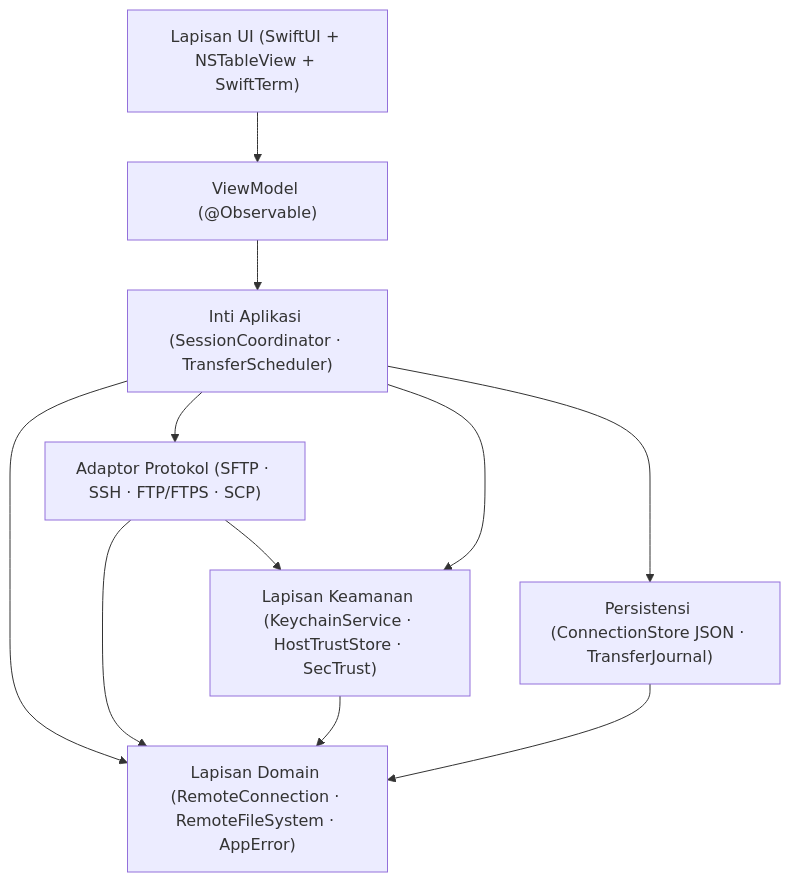
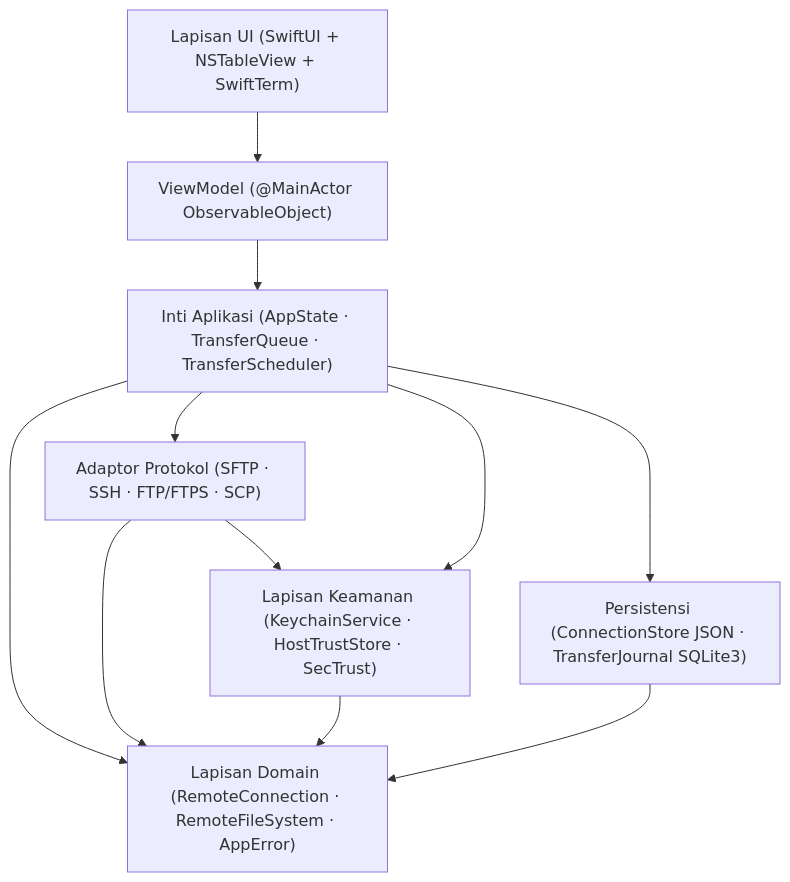
Before and after one commit to alsyundawy/SparkleSFTP: the diagram in README-id.md, drawn with Mermaid. The commit also changed other lines of this file and 14 other files, not shown here.

````diff
--- a/README-id.md
+++ b/README-id.md
@@ -88,21 +92,21 @@
 ```mermaid
 flowchart TD
     UI["Lapisan UI (SwiftUI + NSTableView + SwiftTerm)"]
-    VM["ViewModel (@Observable)"]
-    APP["Inti Aplikasi (SessionCoordinator · TransferScheduler)"]
+    VM["ViewModel (@MainActor ObservableObject)"]
+    APP["Inti Aplikasi (AppState · TransferQueue · TransferScheduler)"]
     DOM["Lapisan Domain (RemoteConnection · RemoteFileSystem · AppError)"]
     PA["Adaptor Protokol (SFTP · SSH · FTP/FTPS · SCP)"]
     SEC["Lapisan Keamanan (KeychainService · HostTrustStore · SecTrust)"]
-    PERS["Persistensi (ConnectionStore JSON · TransferJournal)"]
+    PERS["Persistensi (ConnectionStore JSON · TransferJournal SQLite3)"]
 
     UI --> VM
     VM --> APP
     APP --> DOM
     PA --> DOM
     SEC --> DOM
     PERS --> DOM
     APP --> PA
     APP --> SEC
     APP --> PERS
     PA --> SEC
 ```
````
